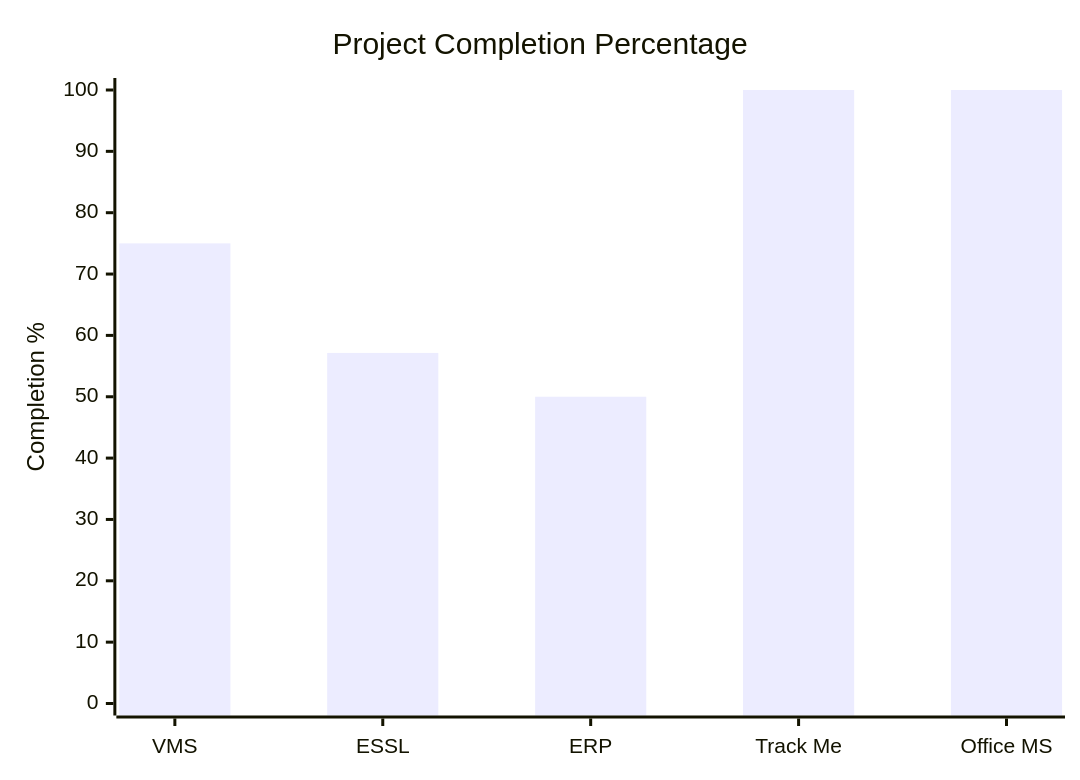
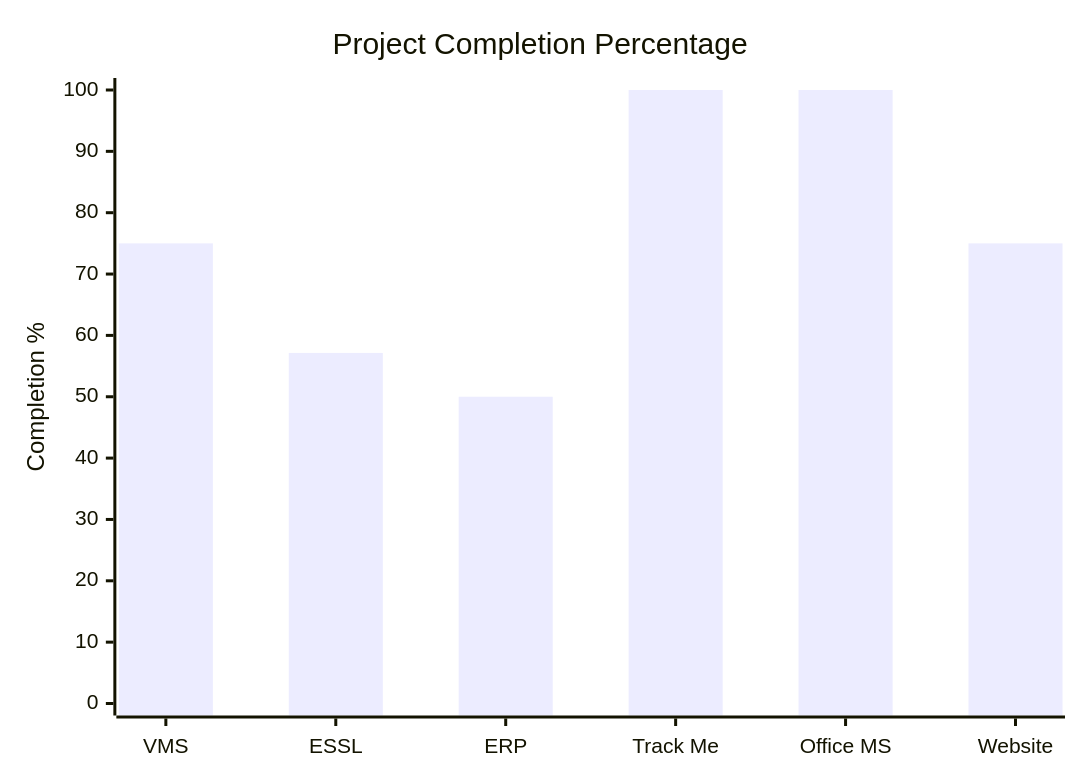
The third of 3 diagrams in Global_Summary.md (Realityspeaker/My-Work-Diary), drawn with Mermaid before and after one commit. The commit also changed other lines of this file, not shown here.

````diff
--- a/Global_Summary.md
+++ b/Global_Summary.md
@@ -61,7 +63,7 @@
 ```mermaid
 xychart-beta
     title "Project Completion Percentage"
-    x-axis ["VMS", "ESSL", "ERP", "Track Me", "Office MS"]
+    x-axis ["VMS", "ESSL", "ERP", "Track Me", "Office MS", "Website"]
     y-axis "Completion %" 0 --> 100
-    bar [75, 57.14, 50, 100, 100]
+    bar [75, 57.14, 50, 100, 100, 75]
 ```
````
